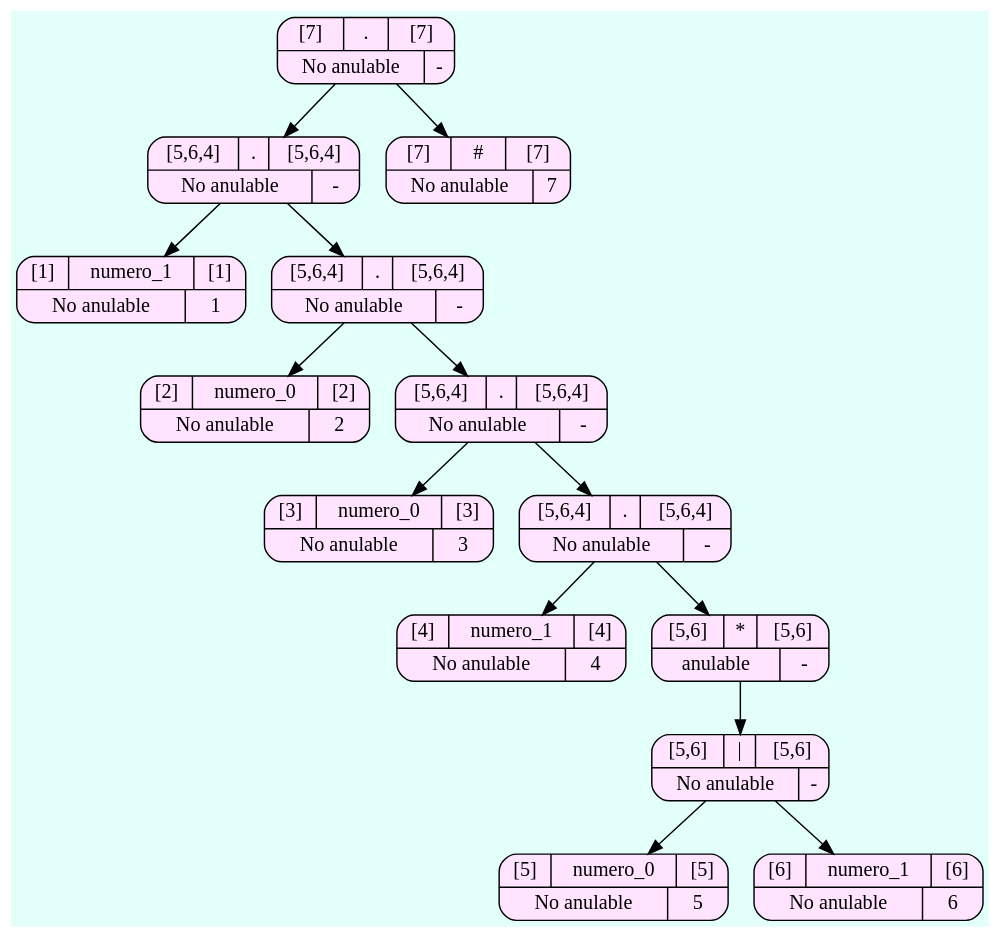
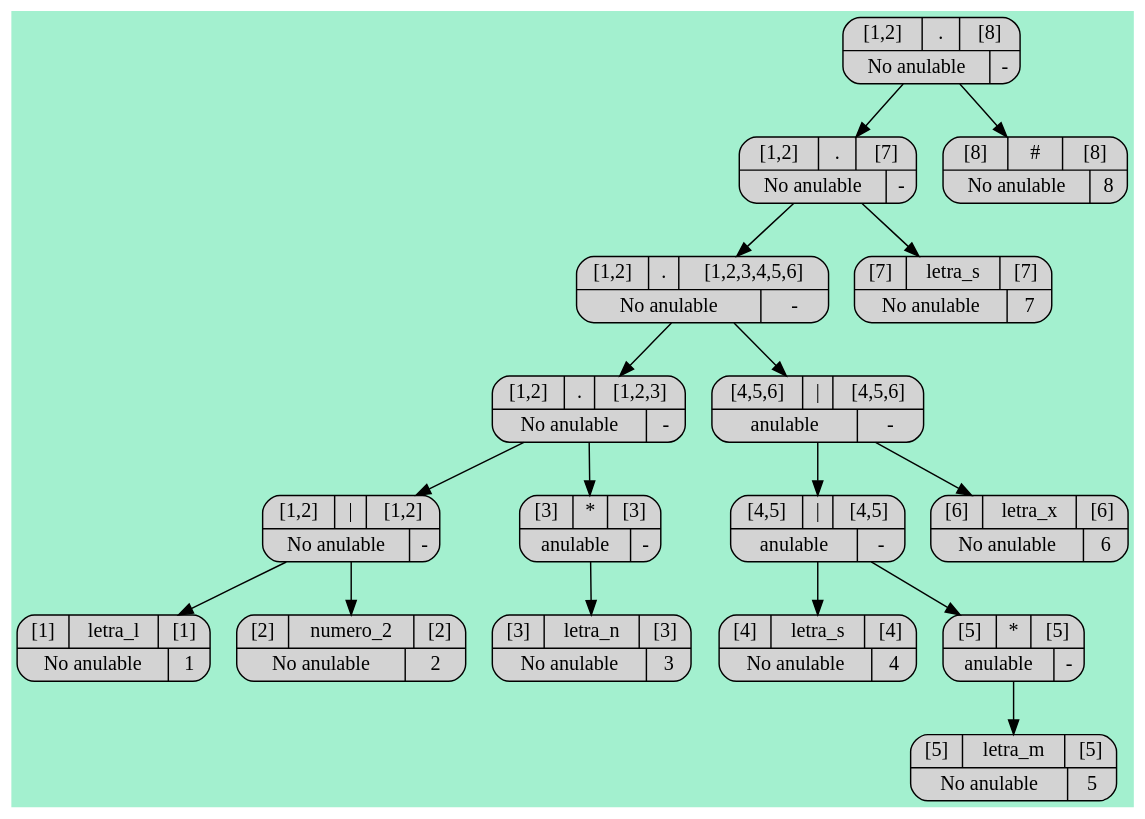
The diagram in src/main/java/Arboles/Arbol_Sintactico0.dot (walterjav19/OLC1_202111718_Proyecto1), drawn with Graphviz before and after one commit. The commit also changed 11 other files, not shown here.

```diff
--- a/src/main/java/Arboles/Arbol_Sintactico0.dot
+++ b/src/main/java/Arboles/Arbol_Sintactico0.dot
@@ -1,33 +1,39 @@
 digraph Arbol_Sintactico{
-  bgcolor = "#E3FFFA"
-node [shape=Mrecord fillcolor="#FFE3FF" style =filled];
-node0[label="{{[7]|.|[7]}|{No anulable|-}}"];
+  bgcolor = "#A3F0CF"
+node [shape=Mrecord style =filled];
+node0[label="{{[1,2]|.|[8]}|{No anulable|-}}"];
 node0 -> node00
-node00[label="{{[5,6,4]|.|[5,6,4]}|{No anulable|-}}"];
+node00[label="{{[1,2]|.|[7]}|{No anulable|-}}"];
 node00 -> node000
-node000[label="{{[1]|numero_1|[1]}|{No anulable|1}}"];
+node000[label="{{[1,2]|.|[1,2,3,4,5,6]}|{No anulable|-}}"];
+node000 -> node0000
+node0000[label="{{[1,2]|.|[1,2,3]}|{No anulable|-}}"];
+node0000 -> node00000
+node00000[label="{{[1,2]|\||[1,2]}|{No anulable|-}}"];
+node00000 -> node000000
+node000000[label="{{[1]|letra_l|[1]}|{No anulable|1}}"];
+node00000 -> node000001
+node000001[label="{{[2]|numero_2|[2]}|{No anulable|2}}"];
+node0000 -> node00001
+node00001[label="{{[3]|*|[3]}|{anulable|-}}"];
+node00001 -> node000010
+node000010[label="{{[3]|letra_n|[3]}|{No anulable|3}}"];
+node000 -> node0001
+node0001[label="{{[4,5,6]|\||[4,5,6]}|{anulable|-}}"];
+node0001 -> node00010
+node00010[label="{{[4,5]|\||[4,5]}|{anulable|-}}"];
+node00010 -> node000100
+node000100[label="{{[4]|letra_s|[4]}|{No anulable|4}}"];
+node00010 -> node000101
+node000101[label="{{[5]|*|[5]}|{anulable|-}}"];
+node000101 -> node0001010
+node0001010[label="{{[5]|letra_m|[5]}|{No anulable|5}}"];
+node0001 -> node00011
+node00011[label="{{[6]|letra_x|[6]}|{No anulable|6}}"];
 node00 -> node001
-node001[label="{{[5,6,4]|.|[5,6,4]}|{No anulable|-}}"];
-node001 -> node0010
-node0010[label="{{[2]|numero_0|[2]}|{No anulable|2}}"];
-node001 -> node0011
-node0011[label="{{[5,6,4]|.|[5,6,4]}|{No anulable|-}}"];
-node0011 -> node00110
-node00110[label="{{[3]|numero_0|[3]}|{No anulable|3}}"];
-node0011 -> node00111
-node00111[label="{{[5,6,4]|.|[5,6,4]}|{No anulable|-}}"];
-node00111 -> node001110
-node001110[label="{{[4]|numero_1|[4]}|{No anulable|4}}"];
-node00111 -> node001111
-node001111[label="{{[5,6]|*|[5,6]}|{anulable|-}}"];
-node001111 -> node0011110
-node0011110[label="{{[5,6]|\||[5,6]}|{No anulable|-}}"];
-node0011110 -> node00111100
-node00111100[label="{{[5]|numero_0|[5]}|{No anulable|5}}"];
-node0011110 -> node00111101
-node00111101[label="{{[6]|numero_1|[6]}|{No anulable|6}}"];
+node001[label="{{[7]|letra_s|[7]}|{No anulable|7}}"];
 node0 -> node01
-node01[label="{{[7]|#|[7]}|{No anulable|7}}"];
+node01[label="{{[8]|#|[8]}|{No anulable|8}}"];
 
 
 }
```
